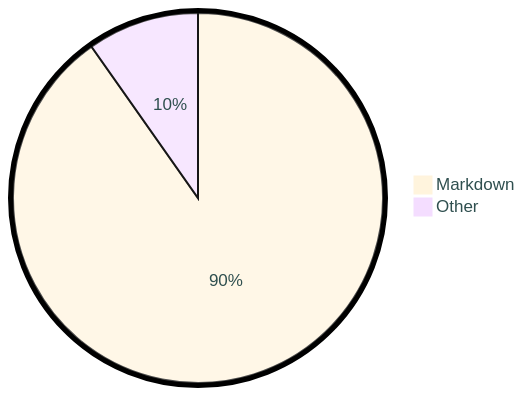
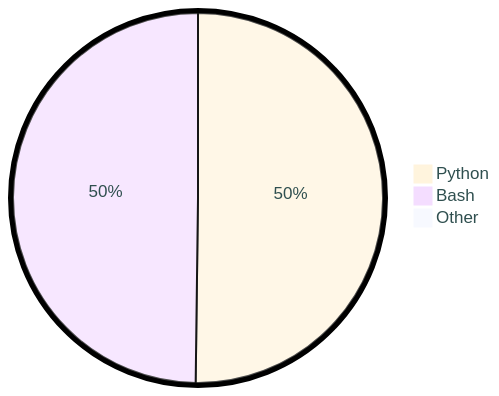
One commit to tot0p/tot0p changed the diagram in README.md. Above: the diagram before and after it, drawn with Mermaid. The commit also changed other lines of this file, not shown here.

````diff
--- a/README.md
+++ b/README.md
@@ -68,6 +68,7 @@
 ```mermaid
 %%{init: {"pie": {"textPosition": 0.5}, "themeVariables": {"pieOuterStrokeWidth": "5px","primaryTextColor" : "#2F4F4F"},"theme":"base"} }%%
 pie
-	"Markdown": 90.24
-	"Other": 9.760000000000002
+	"Python": 49.92
+	"Bash": 49.52
+	"Other": 0.56
 ```
````
